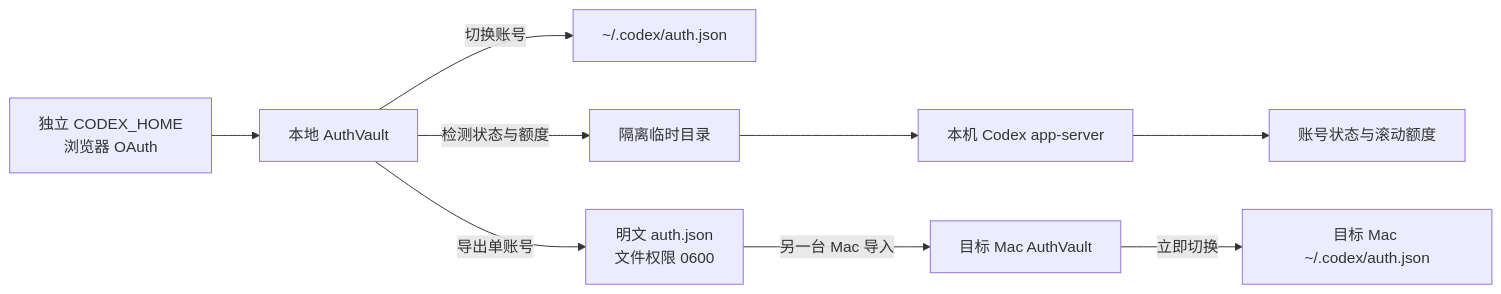
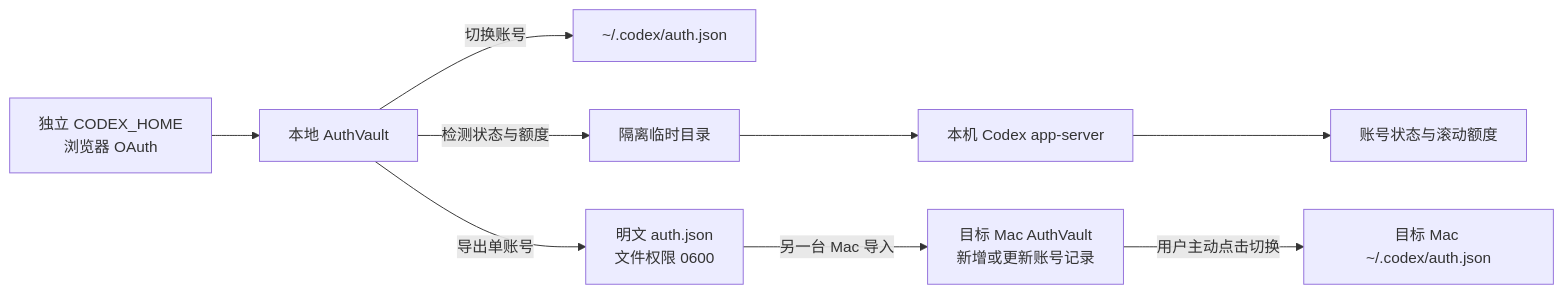
The diagram in README.md (pengshengege/CodexAccountSwitcher), drawn with Mermaid before and after one commit. The commit also changed other lines of this file and 8 other files, not shown here.

````diff
--- a/README.md
+++ b/README.md
@@ -120,11 +120,11 @@
 ```mermaid
 flowchart LR
     A["独立 CODEX_HOME<br/>浏览器 OAuth"] --> B["本地 AuthVault"]
     B -->|"切换账号"| C["~/.codex/auth.json"]
     B -->|"检测状态与额度"| D["隔离临时目录"]
     D --> E["本机 Codex app-server"]
     E --> F["账号状态与滚动额度"]
     B -->|"导出单账号"| G["明文 auth.json<br/>文件权限 0600"]
-    G -->|"另一台 Mac 导入"| H["目标 Mac AuthVault"]
-    H -->|"立即切换"| I["目标 Mac ~/.codex/auth.json"]
+    G -->|"另一台 Mac 导入"| H["目标 Mac AuthVault<br/>新增或更新账号记录"]
+    H -->|"用户主动点击切换"| I["目标 Mac ~/.codex/auth.json"]
 ```
````
